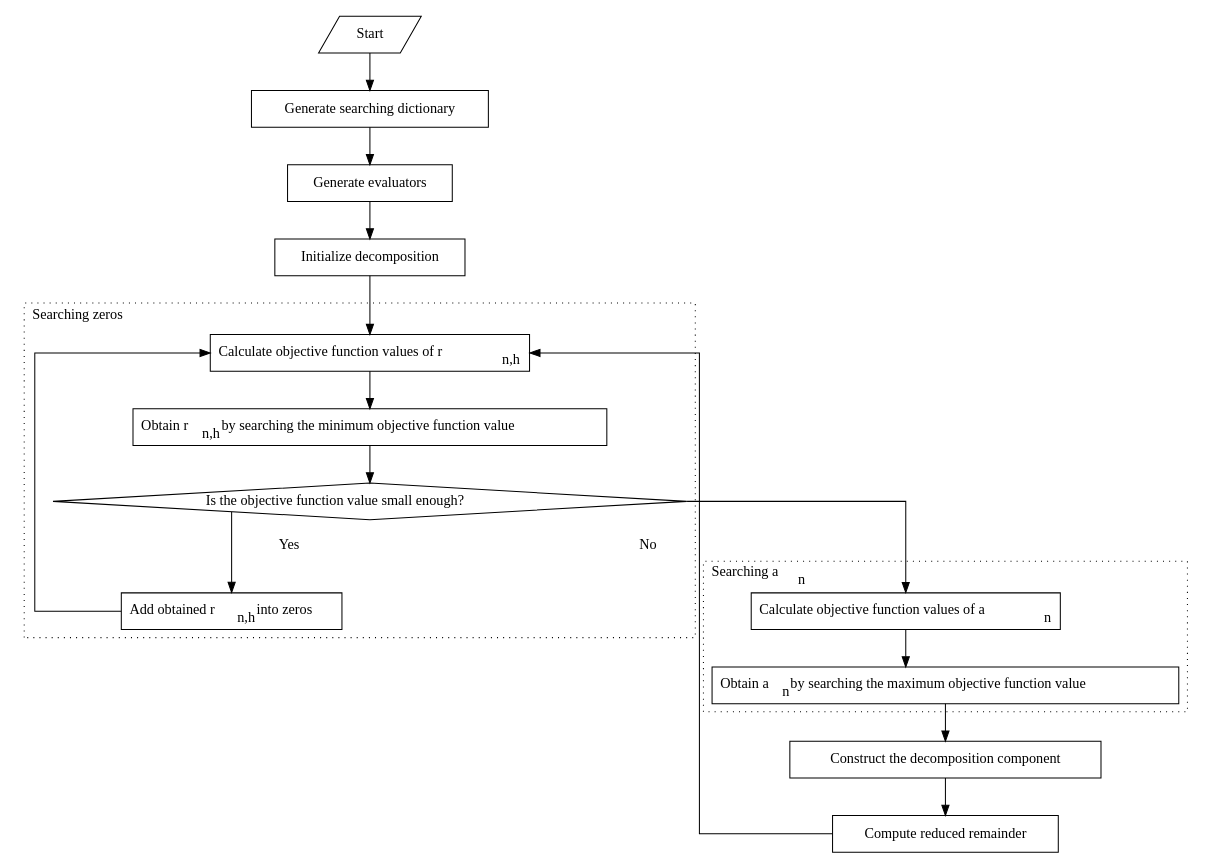
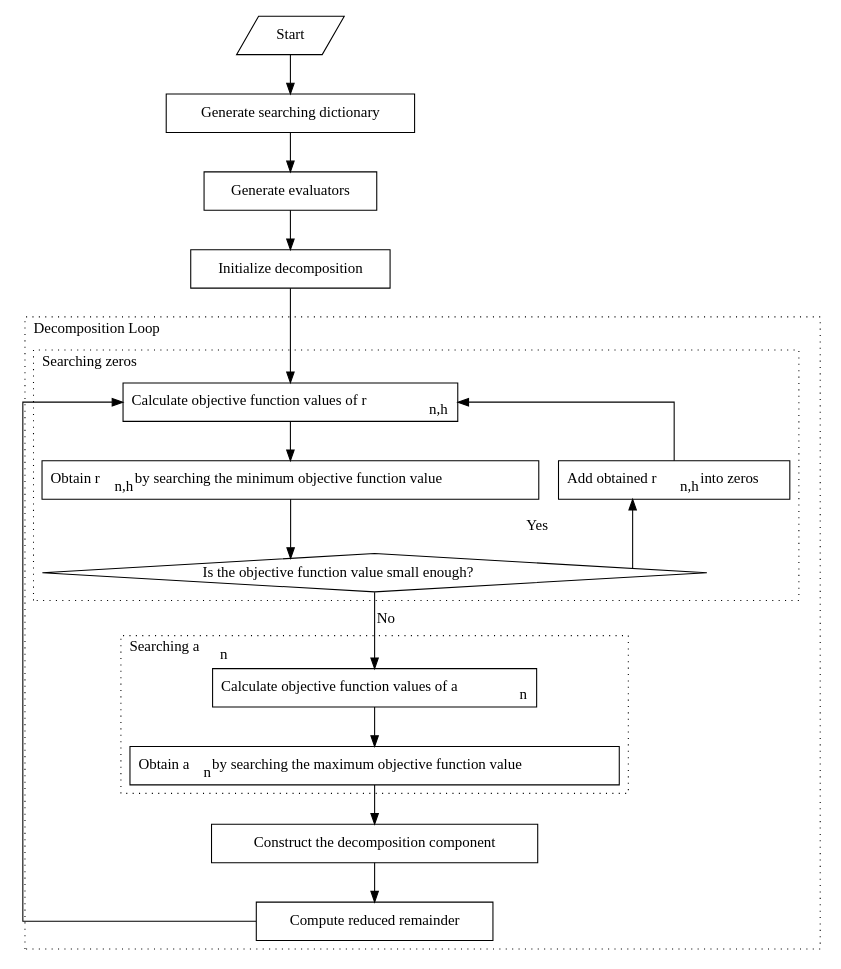
One commit to pikipity/Toolbox-for-Adaptive-Fourier-Decomposition changed the second of 2 diagrams in Docs/IntroAFD.rst. Above: the diagram before and after it, drawn with Graphviz. The commit also changed other lines of this file, not shown here.

```diff
--- a/Docs/IntroAFD.rst
+++ b/Docs/IntroAFD.rst
@@ -150,50 +157,62 @@
 .. graphviz::
 
    digraph unwinding_AFD {
       splines = ortho;
       size="10,8";
 
-      subgraph cluster_searching_an {
-         d -> e[weight=100];
-         d[label=<Calculate objective function values of a<SUB>n</SUB>> shape=box];
-         e[label=<Obtain a<SUB>n</SUB> by searching the maximum objective function value> shape=box];
-         label = <Searching a<SUB>n</SUB>>;
-         labeljust=l;
-         style=dotted;
-      }
-
-      subgraph cluster_searching_r {
-         d_r -> e_r[weight=100];
-         e_r -> f_r[weight=100];
-         f_r -> d[weight=100 label=No];
-
-         f_r -> g_r[weight=1 label=Yes];
-         g_r -> d_r[weight=1];
-
-         d_r[label=<Calculate objective function values of r<SUB>n,h</SUB>> shape=box];
-         e_r[label=<Obtain r<SUB>n,h</SUB> by searching the minimum objective function value> shape=box];
-         f_r[label=<Is the objective function value small enough?> shape=diamond];
-         g_r[label=<Add obtained r<SUB>n,h</SUB> into zeros> shape=box];
-         label = <Searching zeros>;
-         labeljust=l;
-         style=dotted;
-      }
-
       a -> b[weight=100];
       b -> c[weight=100];
       c -> i[weight=100];
       i -> d_r[weight=100];
-      
-      e -> f[weight=100];
-      f -> g[weight=100];
-
-      g -> d_r[weight=1];
 
       a[label="Start" shape=parallelogram];
       b[label="Generate searching dictionary" shape=box];
       c[label="Generate evaluators" shape=box];
       i[label="Initialize decomposition" shape=box];
+
+      subgraph cluster_decomposition_loop{
+         label = <Decomposition Loop>;
+         labeljust=l;
+         style=dotted;
+
+         subgraph cluster_searching_an {
+            d -> e[weight=100];
+            d[label=<Calculate objective function values of a<SUB>n</SUB>> shape=box];
+            e[label=<Obtain a<SUB>n</SUB> by searching the maximum objective function value> shape=box];
+            label = <Searching a<SUB>n</SUB>>;
+            labeljust=l;
+            style=dotted;
+         }
+
+         subgraph cluster_searching_r {
+            d_r -> e_r[weight=100];
+            e_r -> f_r[weight=100];
+            f_r -> d[weight=100 label=No];
+
+            f_r -> g_r[weight=1 label=Yes];
+            g_r -> d_r[weight=1];
+
+            d_r[label=<Calculate objective function values of r<SUB>n,h</SUB>> shape=box];
+            {
+               rank=same;
+               e_r[label=<Obtain r<SUB>n,h</SUB> by searching the minimum objective function value> shape=box];
+               g_r[label=<Add obtained r<SUB>n,h</SUB> into zeros> shape=box];
+            }
+            f_r[label=<Is the objective function value small enough?> shape=diamond];
+            
+            label = <Searching zeros>;
+            labeljust=l;
+            style=dotted;
+         }
+         
+         e -> f[weight=100];
+         f -> g[weight=100];
+
+         g -> d_r[weight=1];
+         
+         f[label="Construct the decomposition component" shape=box];
+         g[label="Compute reduced remainder" shape=box];
+      }
+
       
-      f[label="Construct the decomposition component" shape=box];
-      g[label="Compute reduced remainder" shape=box];
    }
```
